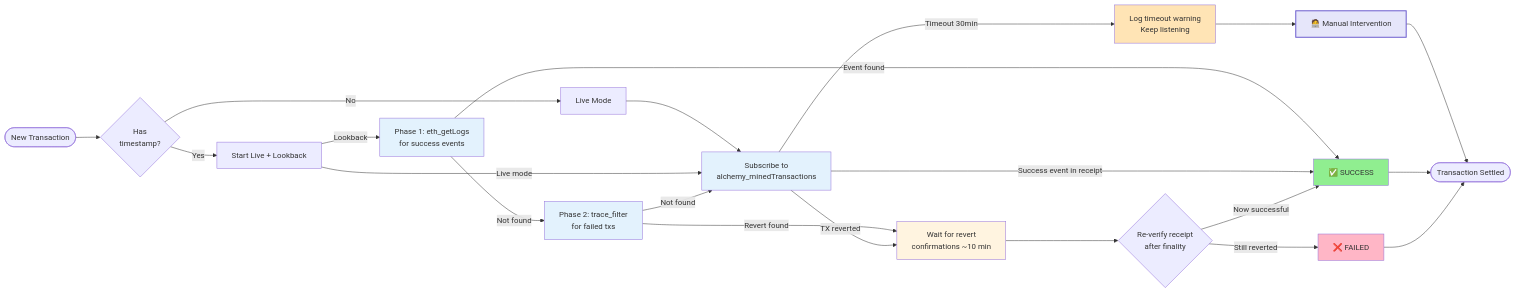
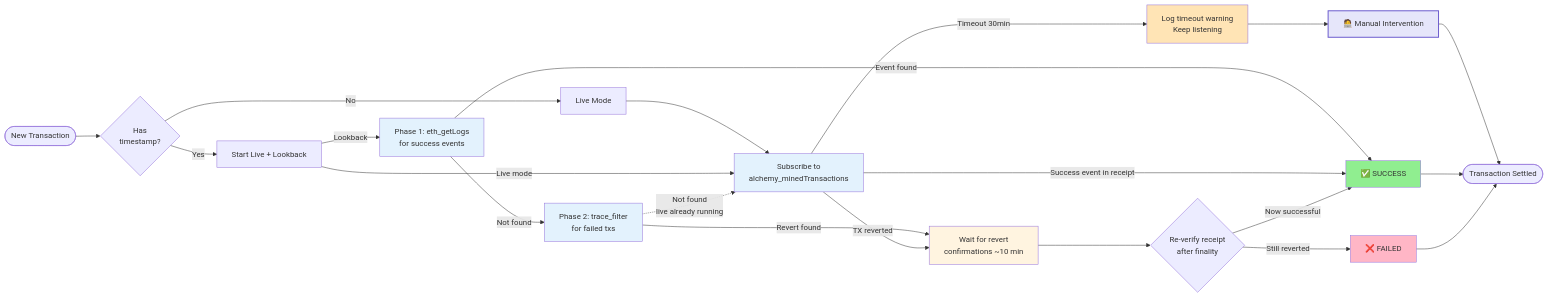
One commit to gibson042/agoric-sdk changed the second of 3 diagrams in packages/portfolio-contract/resolver-service.md. Above: the diagram before and after it, drawn with Mermaid. The commit also changed other lines of this file, not shown here.

````diff
--- a/packages/portfolio-contract/resolver-service.md
+++ b/packages/portfolio-contract/resolver-service.md
@@ -203,41 +216,41 @@
 ```mermaid
 flowchart LR
   Start([New Transaction]) --> Mode{Has<br/>timestamp?}
 
   Mode -->|No| LiveOnly[Live Mode]
   Mode -->|Yes| Both[Start Live + Lookback]
 
   LiveOnly --> LiveSub
   Both -->|Live mode| LiveSub[Subscribe to<br/>alchemy_minedTransactions]
   Both -->|Lookback| Phase1[Phase 1: eth_getLogs<br/>for success events]
 
   Phase1 -->|Event found| Success[✅ SUCCESS]
   Phase1 -->|Not found| Phase2[Phase 2: trace_filter<br/>for failed txs]
 
   Phase2 -->|Revert found| Finality[Wait for revert<br/>confirmations ~10 min]
-  Phase2 -->|Not found| LiveSub
+  Phase2 -.->|Not found<br/>live already running| LiveSub
 
   LiveSub -->|Success event in receipt| Success
   LiveSub -->|TX reverted| Finality
   LiveSub -->|Timeout 30min| Log[Log timeout warning<br/>Keep listening]
 
   Finality --> Recheck{Re-verify receipt<br/>after finality}
   Recheck -->|Still reverted| Failed[❌ FAILED]
   Recheck -->|Now successful| Success
 
   Log --> Manual[🧑‍💻 Manual Intervention]
   Manual --> Done
 
   Success --> Done([Transaction Settled])
   Failed --> Done
 
   style Success fill:#90EE90
   style Failed fill:#FFB6C6
   style Phase1 fill:#E3F2FD
   style Phase2 fill:#E3F2FD
   style LiveSub fill:#E3F2FD
   style Finality fill:#FFF4E0
   style Log fill:#FFE4B5
   style Manual fill:#E6E6FA,stroke:#6A5ACD,stroke-width:2px
 
 ```
````
